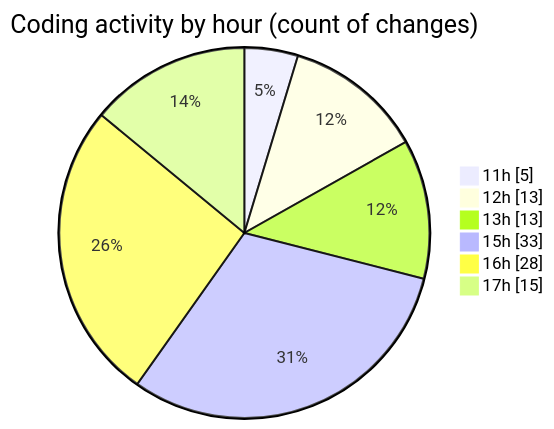
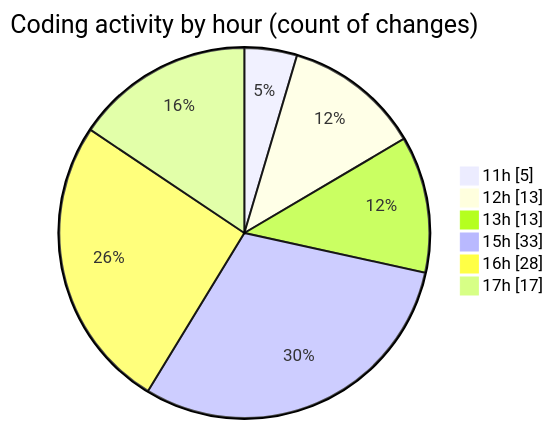
Before and after one commit to nxtqubesakshisongat/code-tracking: the second of 2 diagrams in 2025-08-06/nxtqube_webapp/README.md, drawn with Mermaid. The commit also changed other lines of this file and 1 other file, not shown here.

````diff
--- a/2025-08-06/nxtqube_webapp/README.md
+++ b/2025-08-06/nxtqube_webapp/README.md
@@ -41,10 +41,10 @@
 ```mermaid
 pie showData
 title Coding activity by hour (count of changes)
 "11h" : 5
 "12h" : 13
 "13h" : 13
 "15h" : 33
 "16h" : 28
-"17h" : 15
+"17h" : 17
 ```
````
